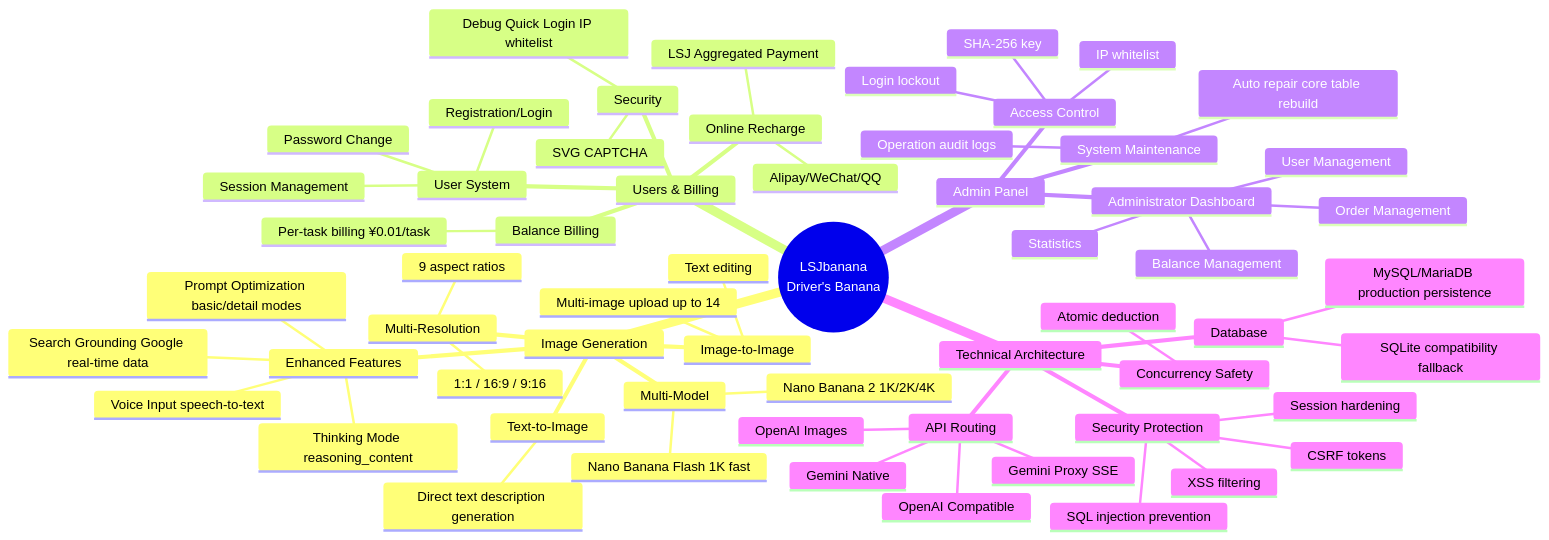
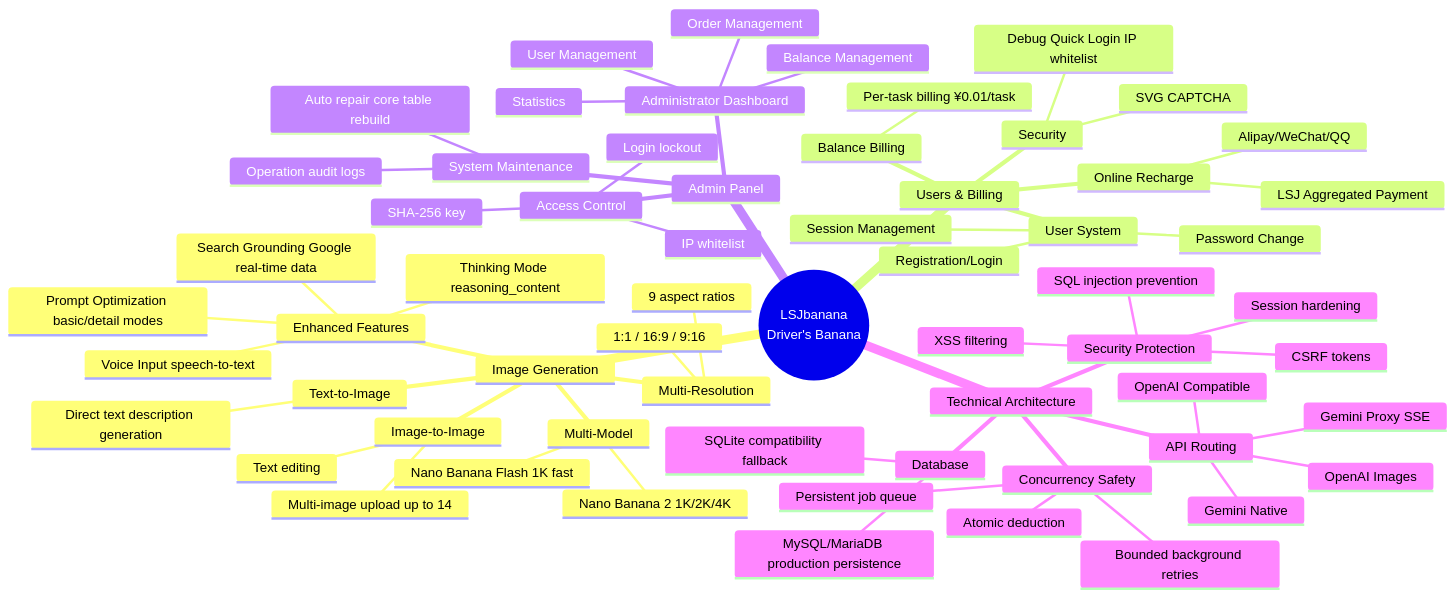
The diagram in README.EN.md (RusianHu/LSJbanana), drawn with Mermaid before and after one commit. The commit also changed other lines of this file and 20 other files, not shown here.

````diff
--- a/README.EN.md
+++ b/README.EN.md
@@ -9,63 +9,65 @@
 ```mermaid
 mindmap
   root((LSJbanana<br>Driver's Banana))
     Image Generation
       Text-to-Image
         Direct text description generation
       Image-to-Image
         Multi-image upload up to 14
         Text editing
       Multi-Model
         Nano Banana 2 1K/2K/4K
         Nano Banana Flash 1K fast
       Multi-Resolution
         9 aspect ratios
         1:1 / 16:9 / 9:16
       Enhanced Features
         Search Grounding Google real-time data
         Prompt Optimization basic/detail modes
         Voice Input speech-to-text
         Thinking Mode reasoning_content
     Users & Billing
       User System
         Registration/Login
         Session Management
         Password Change
       Balance Billing
         Per-task billing ¥0.01/task
       Online Recharge
         LSJ Aggregated Payment
         Alipay/WeChat/QQ
       Security
         SVG CAPTCHA
         Debug Quick Login IP whitelist
     Admin Panel
       Administrator Dashboard
         User Management
         Order Management
         Balance Management
         Statistics
       Access Control
         SHA-256 key
         IP whitelist
         Login lockout
       System Maintenance
         Operation audit logs
         Auto repair core table rebuild
     Technical Architecture
       Database
         MySQL/MariaDB production persistence
         SQLite compatibility fallback
       API Routing
         Gemini Native
         OpenAI Compatible
         OpenAI Images
         Gemini Proxy SSE
       Security Protection
         CSRF tokens
         SQL injection prevention
         XSS filtering
         Session hardening
       Concurrency Safety
         Atomic deduction
+        Persistent job queue
+        Bounded background retries
 ```
````
